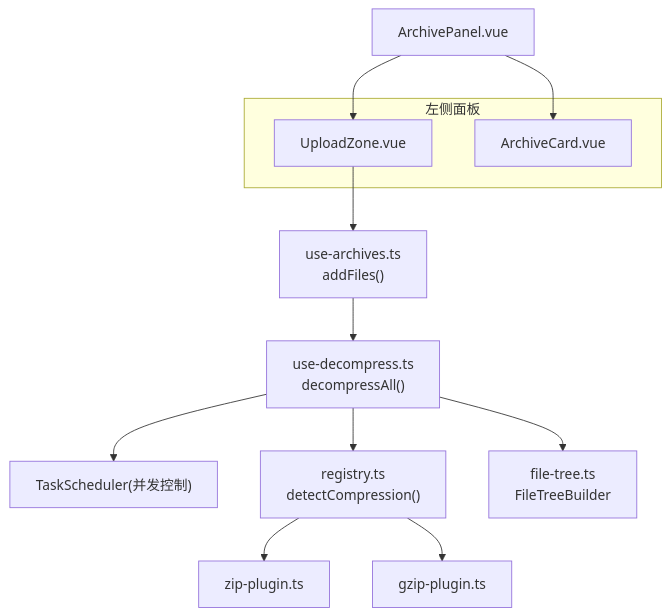
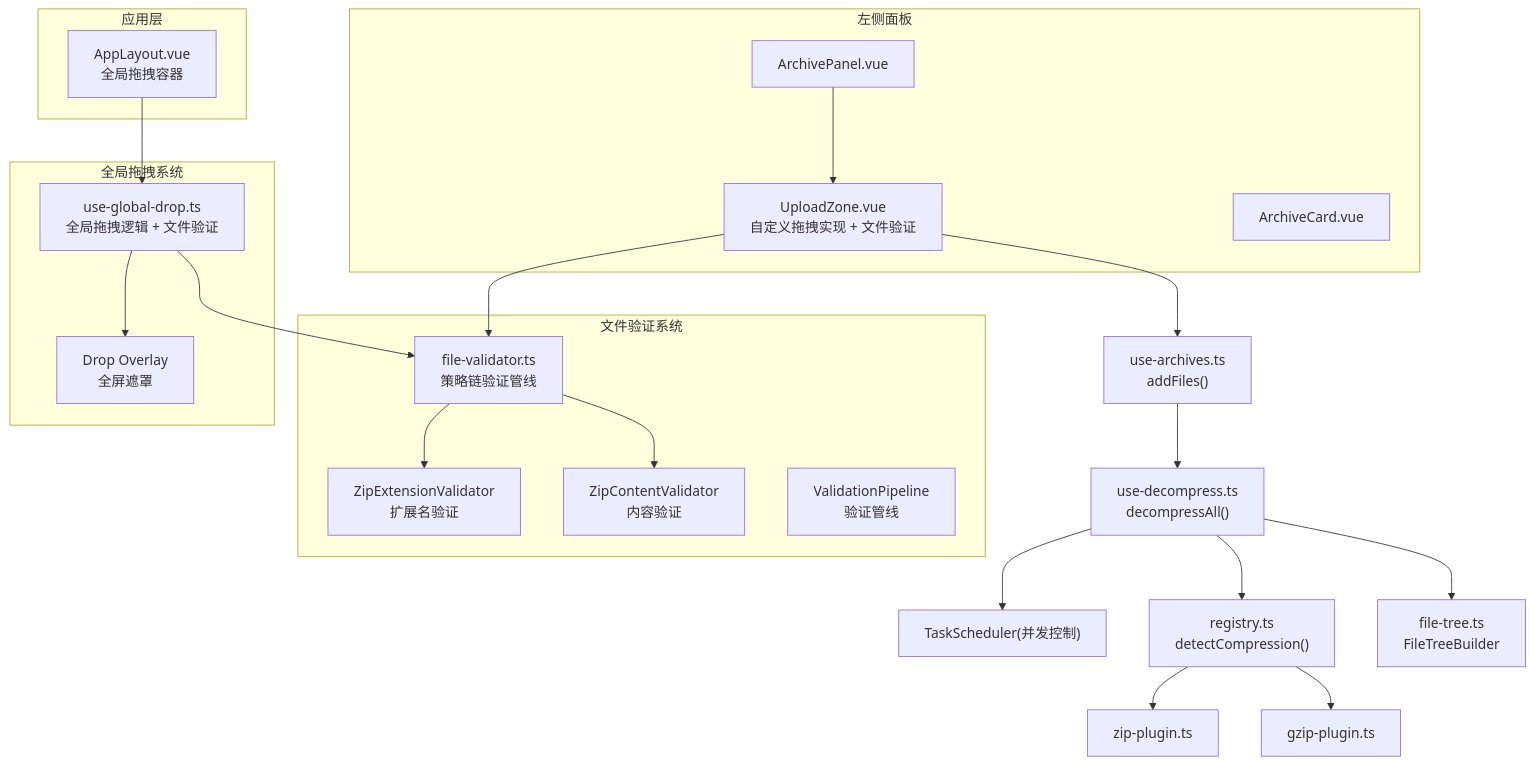
One commit to taoweidong/Hello-Tauri changed the first of 4 diagrams in .qoder/repowiki/zh/content/架构设计/组件层次结构/档案面板组件/UploadZone 上传区域组件.md. Above: the diagram before and after it, drawn with Mermaid. The commit also changed other lines of this file and 72 other files, not shown here.

````diff
--- a/.qoder/repowiki/zh/content/架构设计/组件层次结构/档案面板组件/UploadZone 上传区域组件.md
+++ b/.qoder/repowiki/zh/content/架构设计/组件层次结构/档案面板组件/UploadZone 上传区域组件.md
@@ -35,16 +47,35 @@
 ```mermaid
 graph TB
+subgraph "应用层"
+AL["AppLayout.vue<br/>全局拖拽容器"]
+end
 subgraph "左侧面板"
-UZ["UploadZone.vue"]
+UZ["UploadZone.vue<br/>自定义拖拽实现 + 文件验证"]
 AC["ArchiveCard.vue"]
+AP["ArchivePanel.vue"]
 end
-AP["ArchivePanel.vue"] --> UZ
-AP --> AC
+subgraph "全局拖拽系统"
+UGD["use-global-drop.ts<br/>全局拖拽逻辑 + 文件验证"]
+DO["Drop Overlay<br/>全屏遮罩"]
+end
+subgraph "文件验证系统"
+FV["file-validator.ts<br/>策略链验证管线"]
+ZEV["ZipExtensionValidator<br/>扩展名验证"]
+ZCV["ZipContentValidator<br/>内容验证"]
+VP["ValidationPipeline<br/>验证管线"]
+end
+AL --> UGD
+UGD --> DO
+AP --> UZ
+UZ --> FV
+UGD --> FV
+FV --> ZEV
+FV --> ZCV
 UZ --> UM["use-archives.ts<br/>addFiles()"]
 UM --> UD["use-decompress.ts<br/>decompressAll()"]
 UD --> TS["TaskScheduler(并发控制)"]
 UD --> REG["registry.ts<br/>detectCompression()"]
 REG --> ZIP["zip-plugin.ts"]
 REG --> GZ["gzip-plugin.ts"]
 UD --> FTB["file-tree.ts<br/>FileTreeBuilder"]
 ```
````
